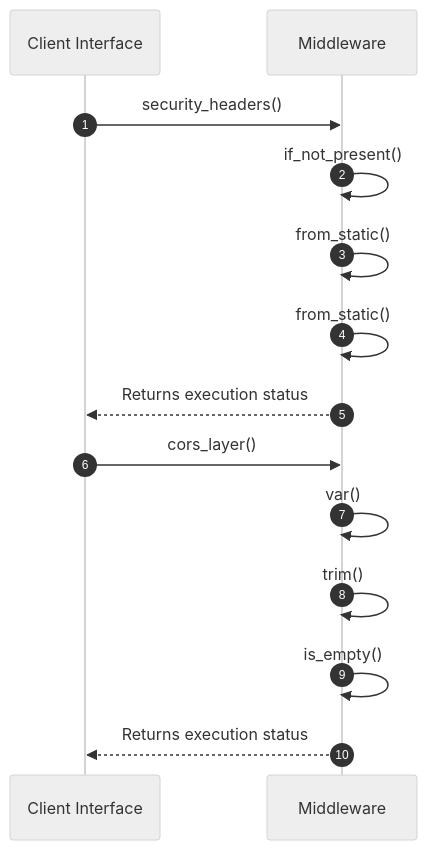
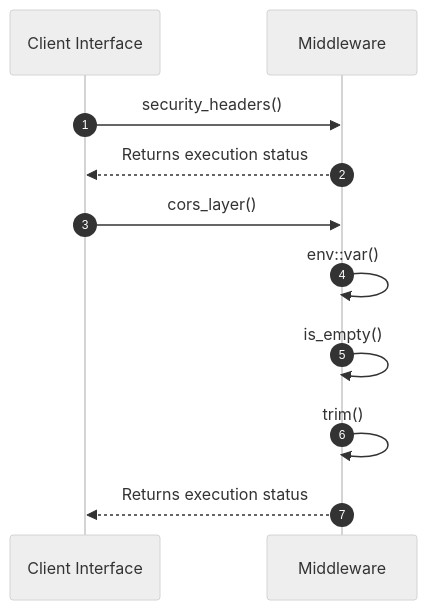
Before and after one commit to lgcorzo/fastapi-autogen-team: the second of 2 diagrams in openwiki/modules/src/interface/http/middleware.md, drawn with Mermaid (neutral theme). The commit also changed other lines of this file and 33 other files, not shown here.

Commit message:
Fix PlantUML syntax, missing diagrams, and link formatting in doc generator

````diff
--- a/openwiki/modules/src/interface/http/middleware.md
+++ b/openwiki/modules/src/interface/http/middleware.md
@@ -39,16 +39,13 @@
 ```mermaid
 sequenceDiagram
     autonumber
     participant Caller as Client Interface
     participant Svc as Middleware
     Caller->>Svc: security_headers()
-    Svc->>Svc: if_not_present()
-    Svc->>Svc: from_static()
-    Svc->>Svc: from_static()
     Svc-->>Caller: Returns execution status
     Caller->>Svc: cors_layer()
-    Svc->>Svc: var()
+    Svc->>Svc: env::var()
+    Svc->>Svc: is_empty()
     Svc->>Svc: trim()
-    Svc->>Svc: is_empty()
     Svc-->>Caller: Returns execution status
 ```
````
